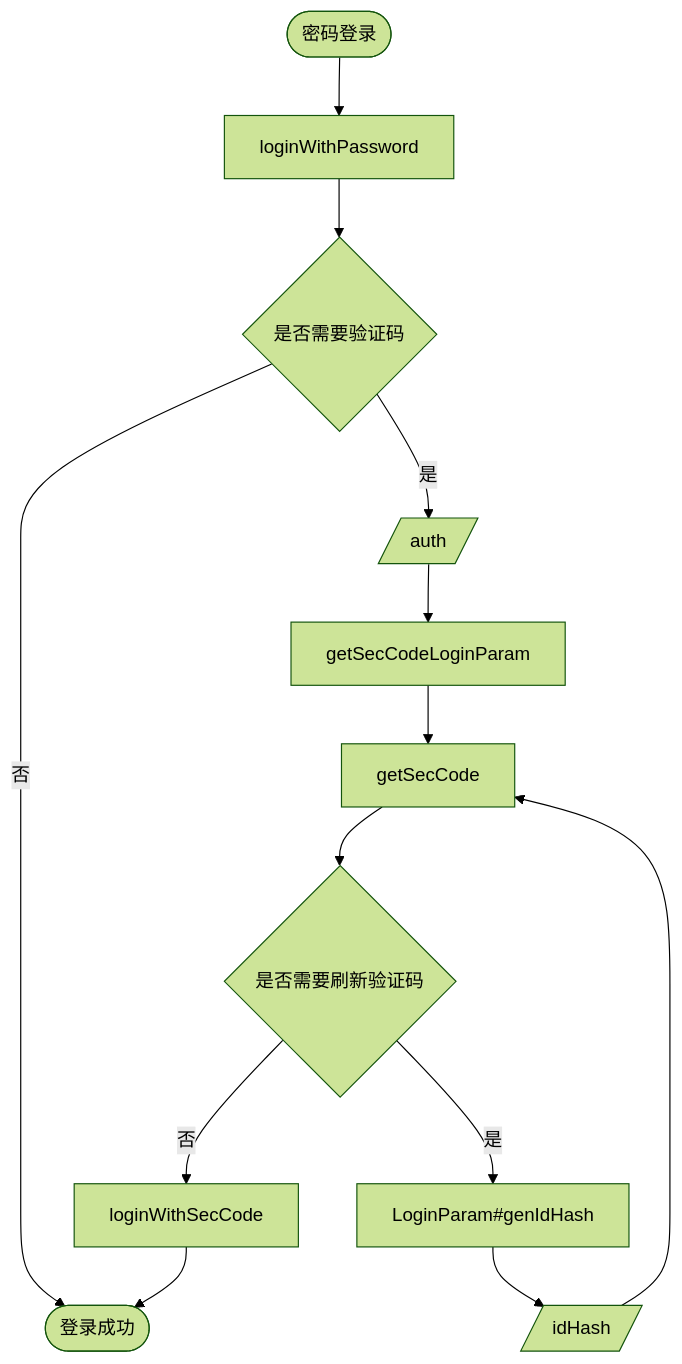
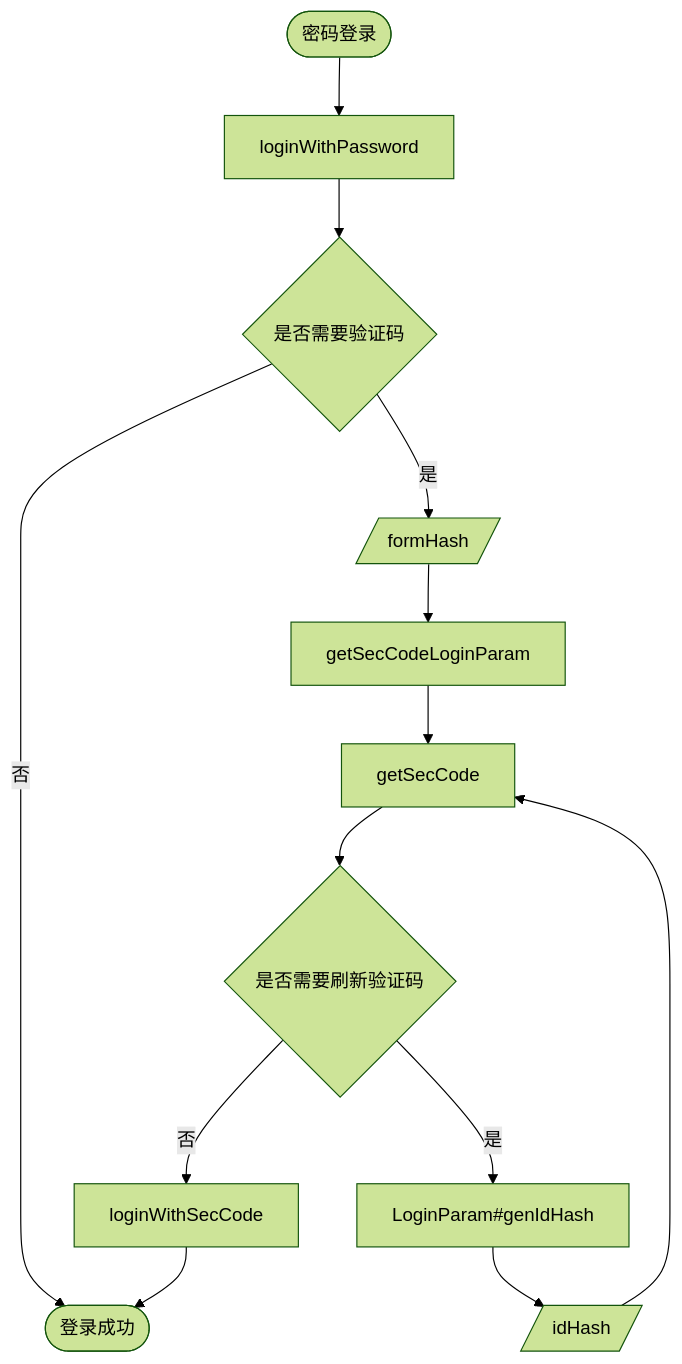
Before and after one commit to keylol-flutter/keylol_api: the first of 2 diagrams in README.md, drawn with Mermaid (forest theme). The commit also changed 9 other files, not shown here.

````diff
--- a/README.md
+++ b/README.md
@@ -23,15 +23,15 @@
 ```mermaid
 graph TD;
 start([密码登录]) --> A;
 A[loginWithPassword] --> B;
 B{是否需要验证码} --否--> finish([登录成功]);
 B --是--> D;
-D[/auth/] --> E
+D[/formHash/] --> E
 E[getSecCodeLoginParam] --> F;
 F[getSecCode] --> G;
 G{是否需要刷新验证码} --否--> K;
 G --是--> L;
 L[LoginParam#genIdHash] --> M;
 M[/idHash/] --> F; 
 K[loginWithSecCode] --> finish;
 ```
````
